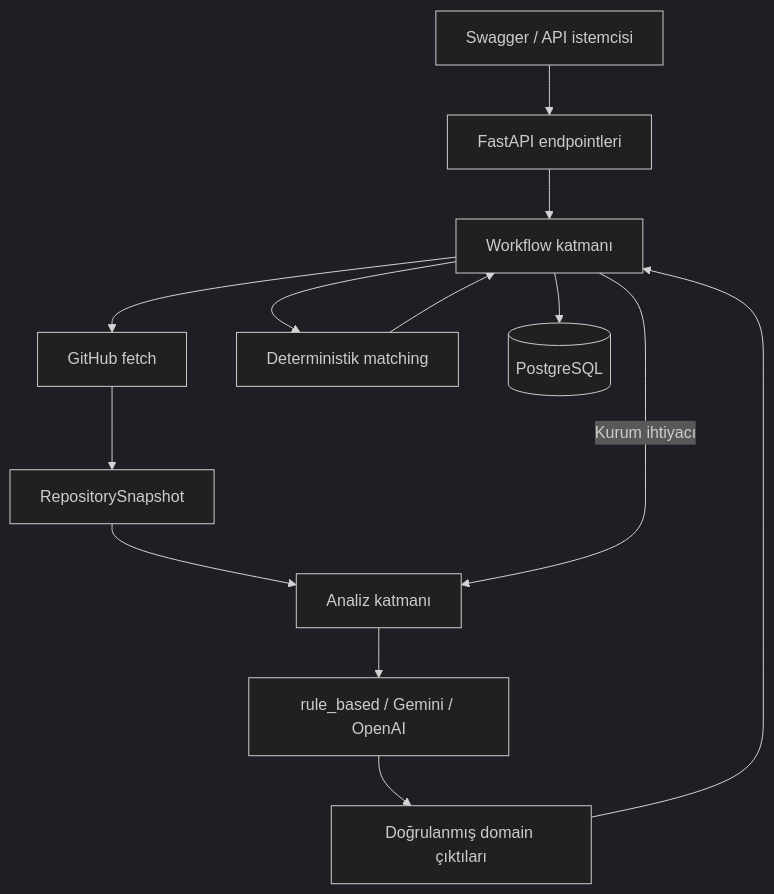
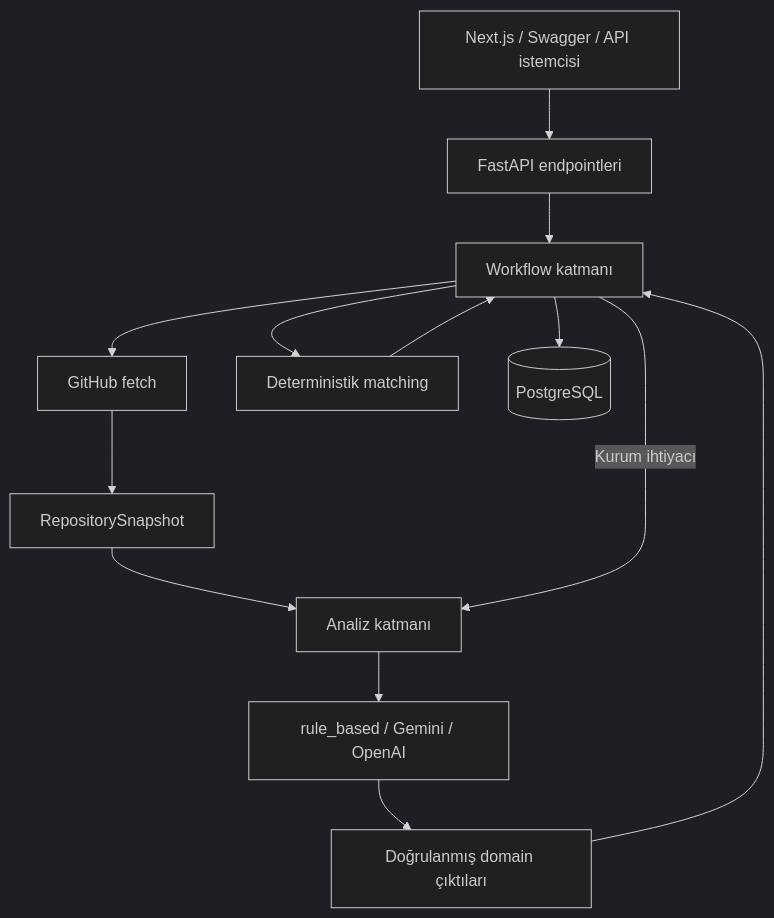
The second of 2 diagrams in README.md (cgdsgcgll/devora-zeminai), drawn with Mermaid (dark theme) before and after one commit. The commit also changed other lines of this file and 33 other files, not shown here.

````diff
--- a/README.md
+++ b/README.md
@@ -50,15 +50,15 @@
 ```mermaid
 flowchart TD
-    U[Swagger / API istemcisi] --> API[FastAPI endpointleri]
+    U[Next.js / Swagger / API istemcisi] --> API[FastAPI endpointleri]
     API --> W[Workflow katmanı]
     W --> G[GitHub fetch]
     G --> S[RepositorySnapshot]
     S --> A[Analiz katmanı]
     W -->|Kurum ihtiyacı| A
     A --> P[rule_based / Gemini / OpenAI]
     P --> V[Doğrulanmış domain çıktıları]
     V --> W
     W --> M[Deterministik matching]
     W --> DB[(PostgreSQL)]
     M --> W
 ```
````
